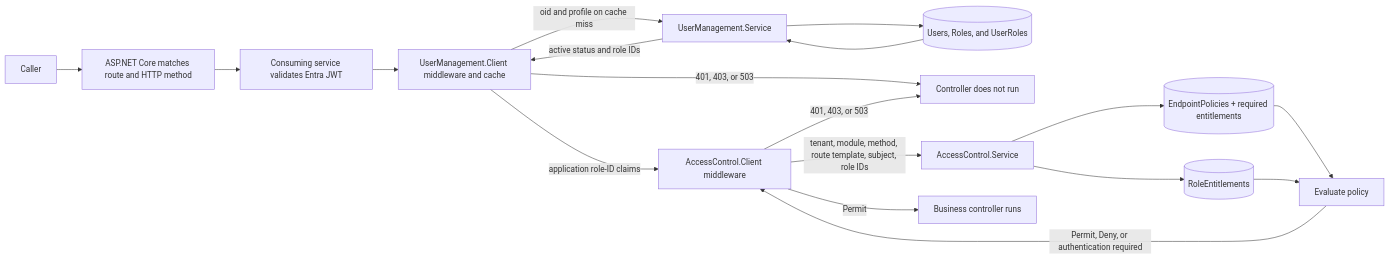
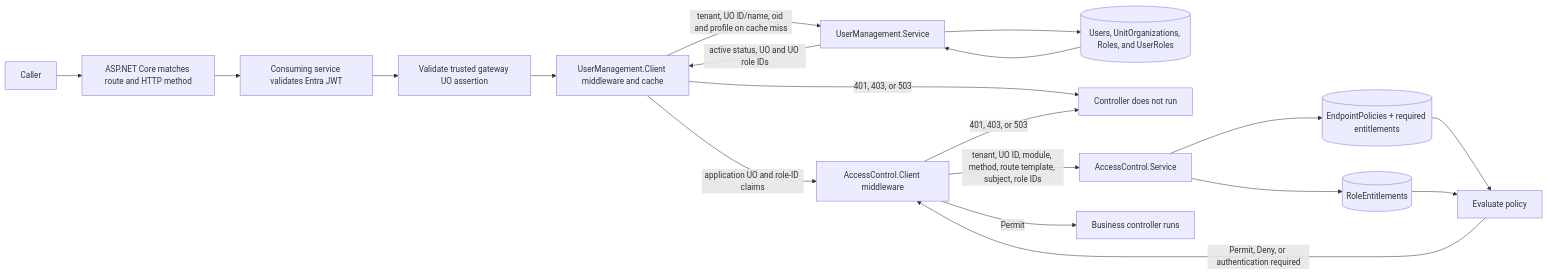
One commit to NMomchilo/AccessControl changed the diagram in docs/architecture.md. Above: the diagram before and after it, drawn with Mermaid. The commit also changed other lines of this file and 115 other files, not shown here.

````diff
--- a/docs/architecture.md
+++ b/docs/architecture.md
@@ -9,20 +9,21 @@
 ```mermaid
 flowchart LR
     Caller[Caller] --> Route[ASP.NET Core matches route and HTTP method]
     Route --> Auth[Consuming service validates Entra JWT]
-    Auth --> UserClient[UserManagement.Client middleware and cache]
-    UserClient -->|oid and profile on cache miss| UserApi[UserManagement.Service]
-    UserApi --> Users[(Users, Roles, and UserRoles)]
+    Auth --> Gateway[Validate trusted gateway UO assertion]
+    Gateway --> UserClient[UserManagement.Client middleware and cache]
+    UserClient -->|tenant, UO ID/name, oid and profile on cache miss| UserApi[UserManagement.Service]
+    UserApi --> Users[(Users, UnitOrganizations, Roles, and UserRoles)]
     Users --> UserApi
-    UserApi -->|active status and role IDs| UserClient
-    UserClient -->|application role-ID claims| NuGet[AccessControl.Client middleware]
+    UserApi -->|active status, UO and UO role IDs| UserClient
+    UserClient -->|application UO and role-ID claims| NuGet[AccessControl.Client middleware]
     UserClient -->|401, 403, or 503| Stop[Controller does not run]
-    NuGet -->|tenant, module, method, route template, subject, role IDs| API[AccessControl.Service]
+    NuGet -->|tenant, UO ID, module, method, route template, subject, role IDs| API[AccessControl.Service]
     API --> Policy[(EndpointPolicies + required entitlements)]
     API --> Grants[(RoleEntitlements)]
     Policy --> Evaluate[Evaluate policy]
     Grants --> Evaluate
     Evaluate -->|Permit, Deny, or authentication required| NuGet
     NuGet -->|Permit| Controller[Business controller runs]
     NuGet -->|401, 403, or 503| Stop[Controller does not run]
 ```
````
